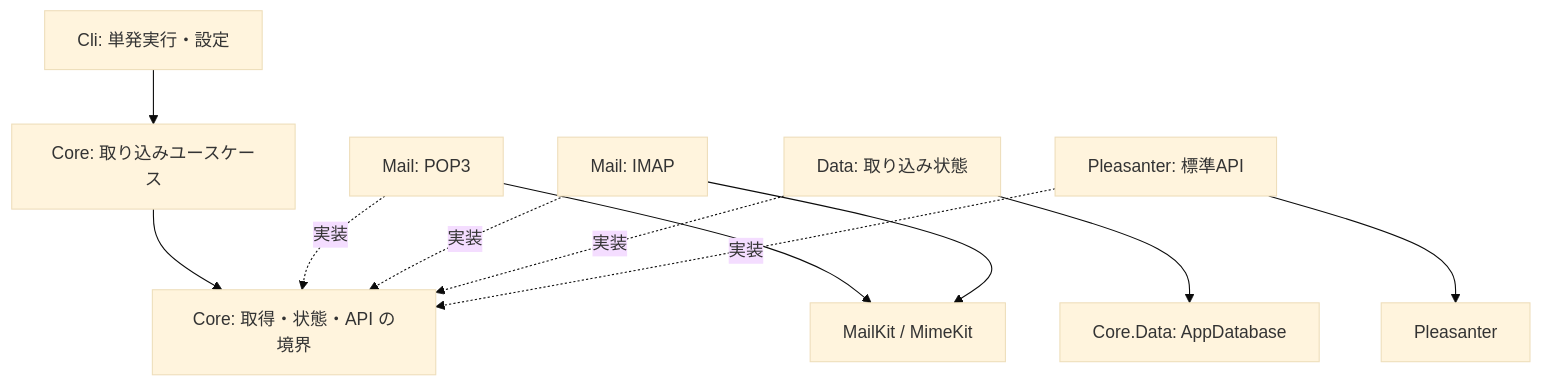
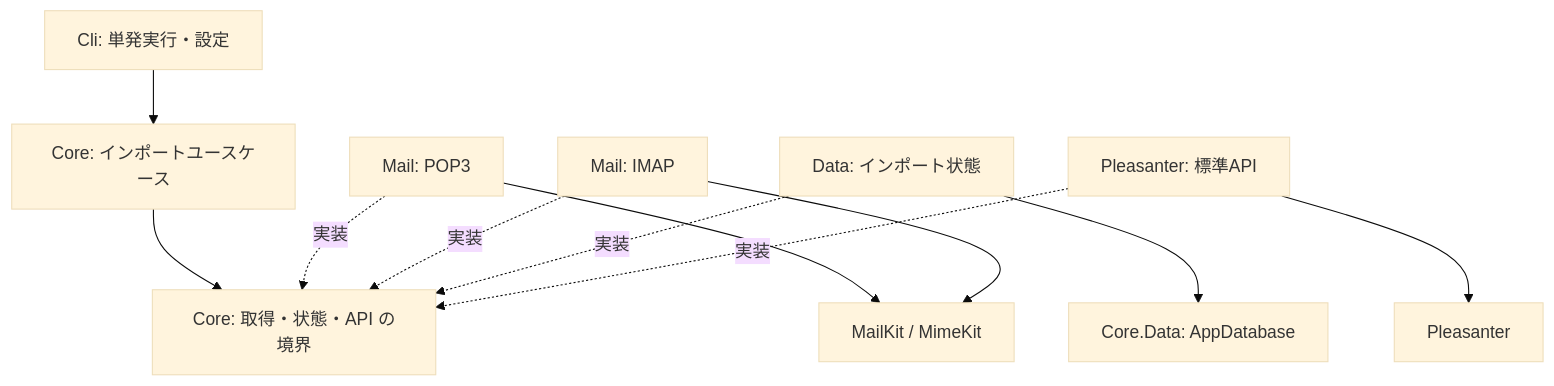
The first of 2 diagrams in _documents/アーキテクチャ方針.md (vehiclevisionjp/VehicleVision.PleasanterTools.MailIngest), drawn with Mermaid (base theme) before and after one commit. The commit also changed other lines of this file and 33 other files, not shown here.

````diff
--- a/_documents/アーキテクチャ方針.md
+++ b/_documents/アーキテクチャ方針.md
@@ -60,13 +60,13 @@
 ```mermaid
 flowchart TD
-    Cli["Cli: 単発実行・設定"] --> UseCase["Core: 取り込みユースケース"]
+    Cli["Cli: 単発実行・設定"] --> UseCase["Core: インポートユースケース"]
     UseCase --> Port["Core: 取得・状態・API の境界"]
     Pop["Mail: POP3"] -.実装.-> Port
     Imap["Mail: IMAP"] -.実装.-> Port
-    Data["Data: 取り込み状態"] -.実装.-> Port
+    Data["Data: インポート状態"] -.実装.-> Port
     Api["Pleasanter: 標準API"] -.実装.-> Port
     Pop --> MK["MailKit / MimeKit"]
     Imap --> MK
     Data --> Shared["Core.Data: AppDatabase"]
     Api --> Server["Pleasanter"]
 ```
````
